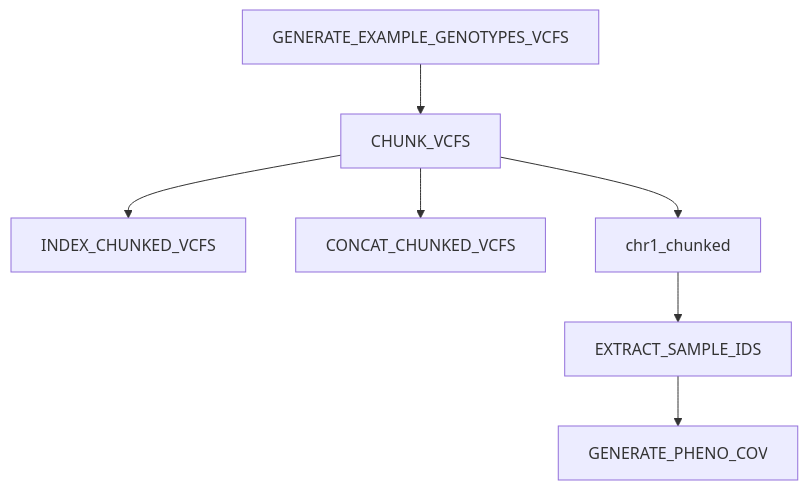
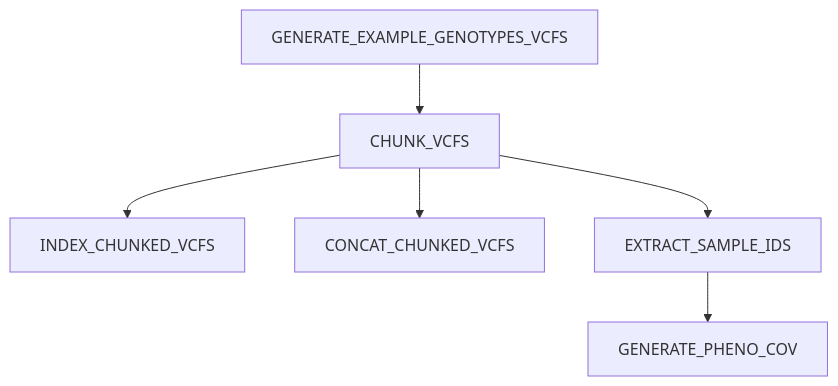
Before and after one commit to nf-core/test-datasets: the diagram in README.md, drawn with Mermaid.

Commit message:
Updated mermaid plot

````diff
--- a/README.md
+++ b/README.md
@@ -13,9 +13,8 @@
 ```mermaid
 graph TD
     A[GENERATE_EXAMPLE_GENOTYPES_VCFS] --> B[CHUNK_VCFS]
     B --> C[INDEX_CHUNKED_VCFS]
     B --> D[CONCAT_CHUNKED_VCFS]
-    B --> E[chr1_chunked]
-    E[chr1_chunked] --> F[EXTRACT_SAMPLE_IDS]
+    B --> F[EXTRACT_SAMPLE_IDS]
     F --> G[GENERATE_PHENO_COV]
 ```
````
